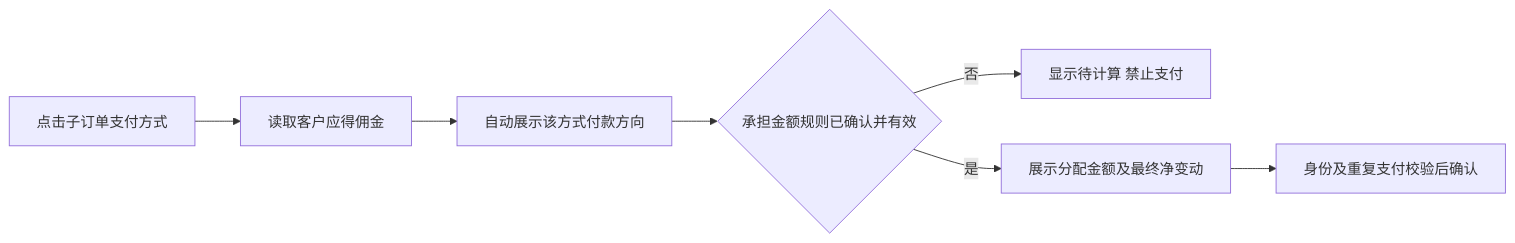
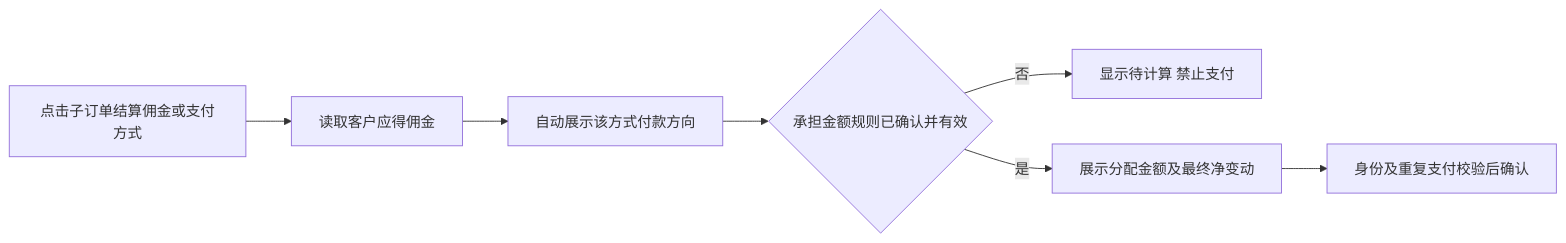
The third of 5 diagrams in docs/菜单PRD_20261109/PRD_结算管理_20261109.md (bala-luoluo/cashier-prototype), drawn with Mermaid before and after one commit. The commit also changed other lines of this file and 6 other files, not shown here.

````diff
--- a/docs/菜单PRD_20261109/PRD_结算管理_20261109.md
+++ b/docs/菜单PRD_20261109/PRD_结算管理_20261109.md
@@ -143,9 +149,9 @@
 ```mermaid
 flowchart LR
- A[点击子订单支付方式] --> B[读取客户应得佣金]
+ A[点击子订单结算佣金或支付方式] --> B[读取客户应得佣金]
  B --> C[自动展示该方式付款方向]
  C --> D{承担金额规则已确认并有效}
  D -- 否 --> E[显示待计算 禁止支付]
  D -- 是 --> F[展示分配金额及最终净变动]
  F --> G[身份及重复支付校验后确认]
 ```
````
